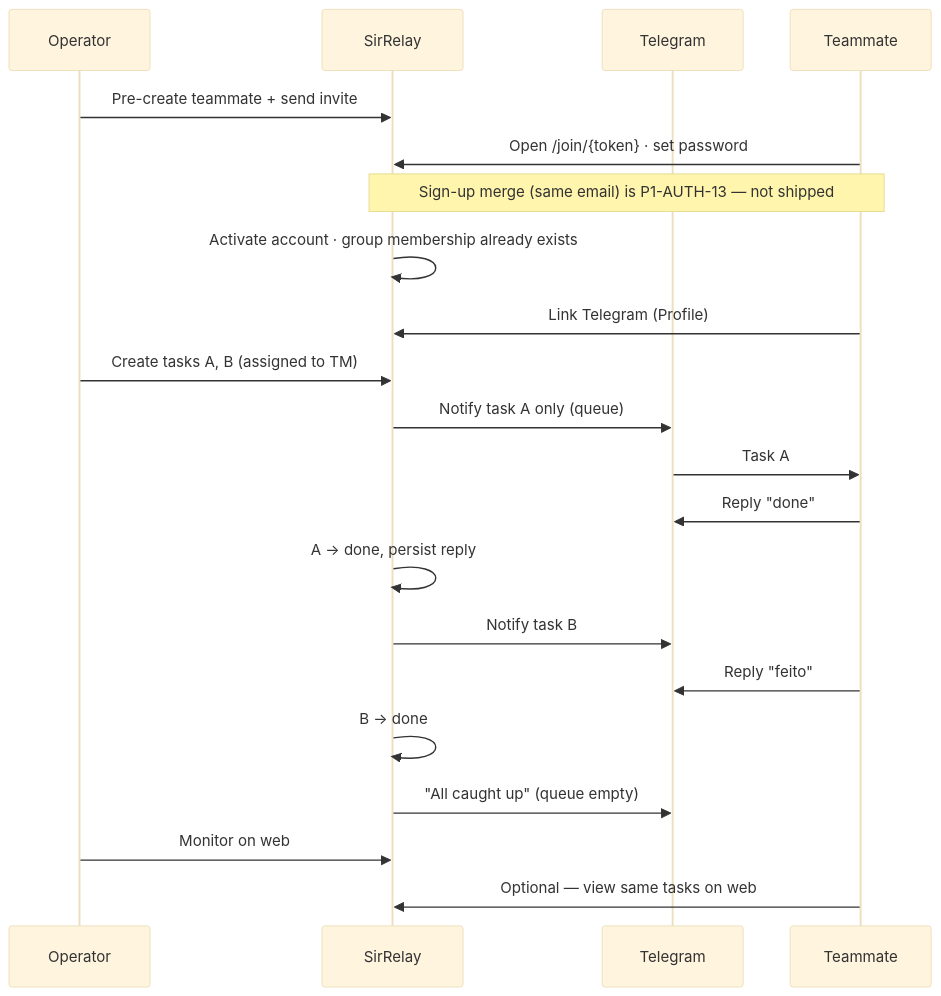
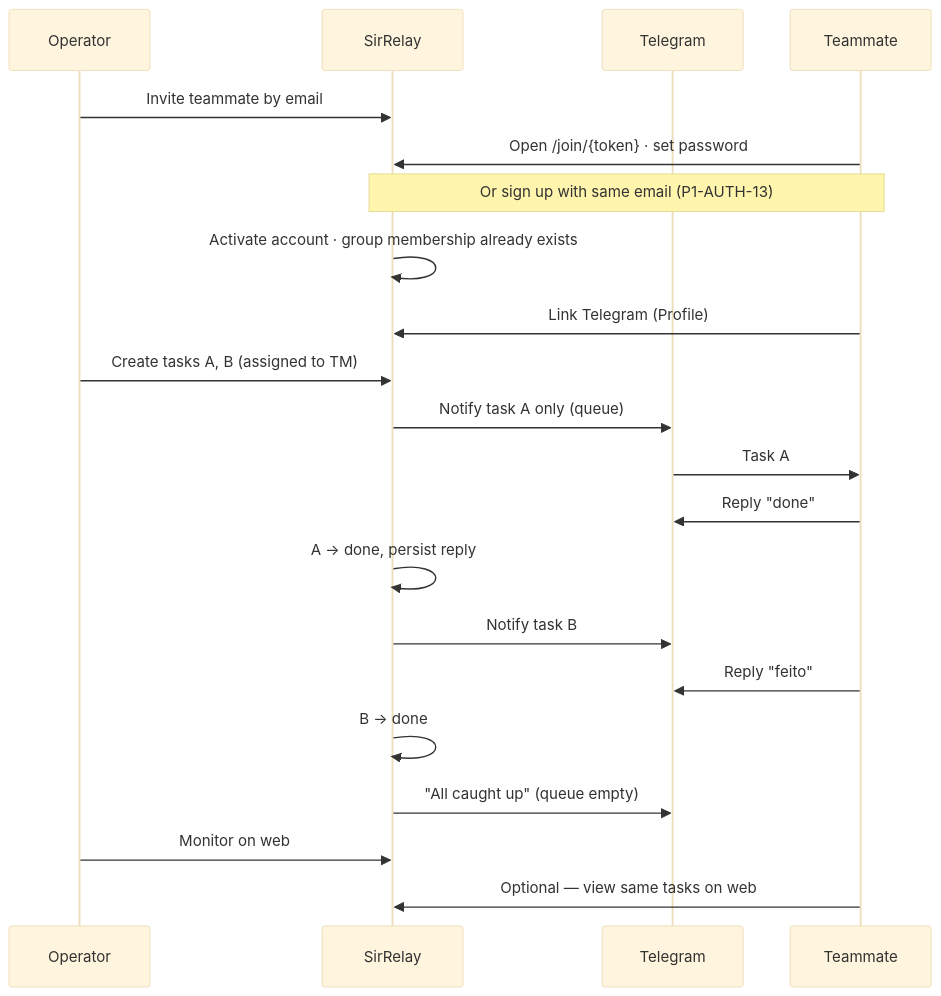
One commit to AndAleixo/sir-relay changed the diagram in docs/REQUIREMENTS.md. Above: the diagram before and after it, drawn with Mermaid (base theme). The commit also changed other lines of this file and 14 other files, not shown here.

````diff
--- a/docs/REQUIREMENTS.md
+++ b/docs/REQUIREMENTS.md
@@ -39,24 +39,24 @@
 ```mermaid
 sequenceDiagram
   participant OP as Operator
   participant APP as SirRelay
   participant TG as Telegram
   participant TM as Teammate
 
-  OP->>APP: Pre-create teammate + send invite
+  OP->>APP: Invite teammate by email
   TM->>APP: Open /join/{token} · set password
-  Note over TM,APP: Sign-up merge (same email) is P1-AUTH-13 — not shipped
+  Note over TM,APP: Or sign up with same email (P1-AUTH-13)
   APP->>APP: Activate account · group membership already exists
   TM->>APP: Link Telegram (Profile)
   OP->>APP: Create tasks A, B (assigned to TM)
   APP->>TG: Notify task A only (queue)
   TG->>TM: Task A
   TM->>TG: Reply "done"
   APP->>APP: A → done, persist reply
   APP->>TG: Notify task B
   TM->>TG: Reply "feito"
   APP->>APP: B → done
   APP->>TG: "All caught up" (queue empty)
   OP->>APP: Monitor on web
   TM->>APP: Optional — view same tasks on web
 ```
````
